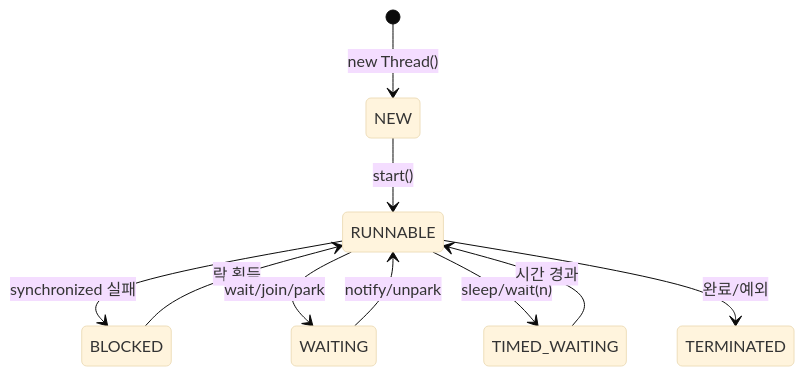
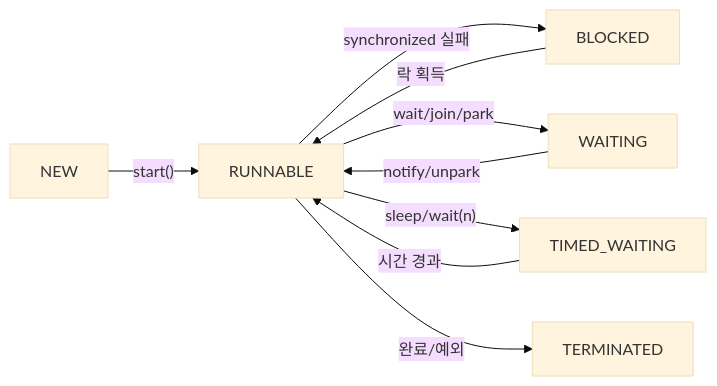
One commit to yjkim2015/yjkim2015.github.io changed the fourth of 17 diagrams in _posts/java/2026-05-01-java-thread.md. Above: the diagram before and after it, drawn with Mermaid (base theme). The commit also changed 50 other files, not shown here.

First line of the commit message:
stateDiagram 11개 graph LR 변환 + 테이블 빈 셀 17개 수정

````diff
--- a/_posts/java/2026-05-01-java-thread.md
+++ b/_posts/java/2026-05-01-java-thread.md
@@ -78,12 +78,17 @@
 ```mermaid
-stateDiagram-v2
-  [*] --> NEW : new Thread()
-  NEW --> RUNNABLE : start()
-  RUNNABLE --> BLOCKED : synchronized 실패
-  BLOCKED --> RUNNABLE : 락 획득
-  RUNNABLE --> WAITING : wait/join/park
-  WAITING --> RUNNABLE : notify/unpark
-  RUNNABLE --> TIMED_WAITING : sleep/wait(n)
-  TIMED_WAITING --> RUNNABLE : 시간 경과
-  RUNNABLE --> TERMINATED : 완료/예외
+graph LR
+    NEW["NEW"]
+    RUNNABLE["RUNNABLE"]
+    BLOCKED["BLOCKED"]
+    WAITING["WAITING"]
+    TW["TIMED_WAITING"]
+    TERMINATED["TERMINATED"]
+    NEW -->|"start()"| RUNNABLE
+    RUNNABLE -->|"synchronized 실패"| BLOCKED
+    BLOCKED -->|"락 획득"| RUNNABLE
+    RUNNABLE -->|"wait/join/park"| WAITING
+    WAITING -->|"notify/unpark"| RUNNABLE
+    RUNNABLE -->|"sleep/wait(n)"| TW
+    TW -->|"시간 경과"| RUNNABLE
+    RUNNABLE -->|"완료/예외"| TERMINATED
 ```
````
